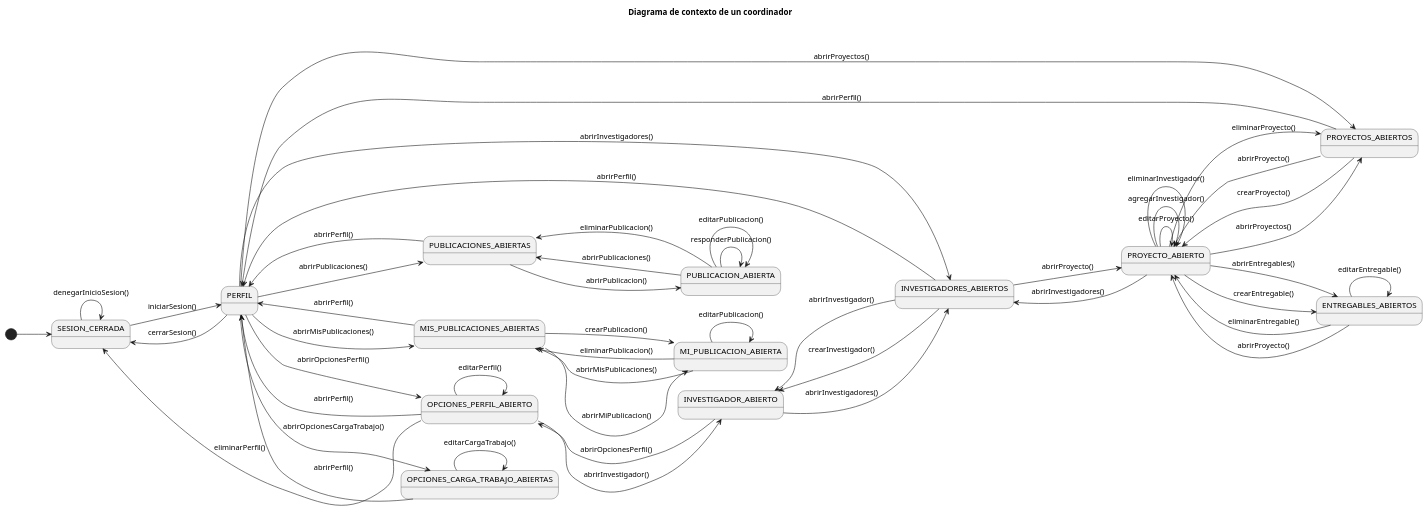
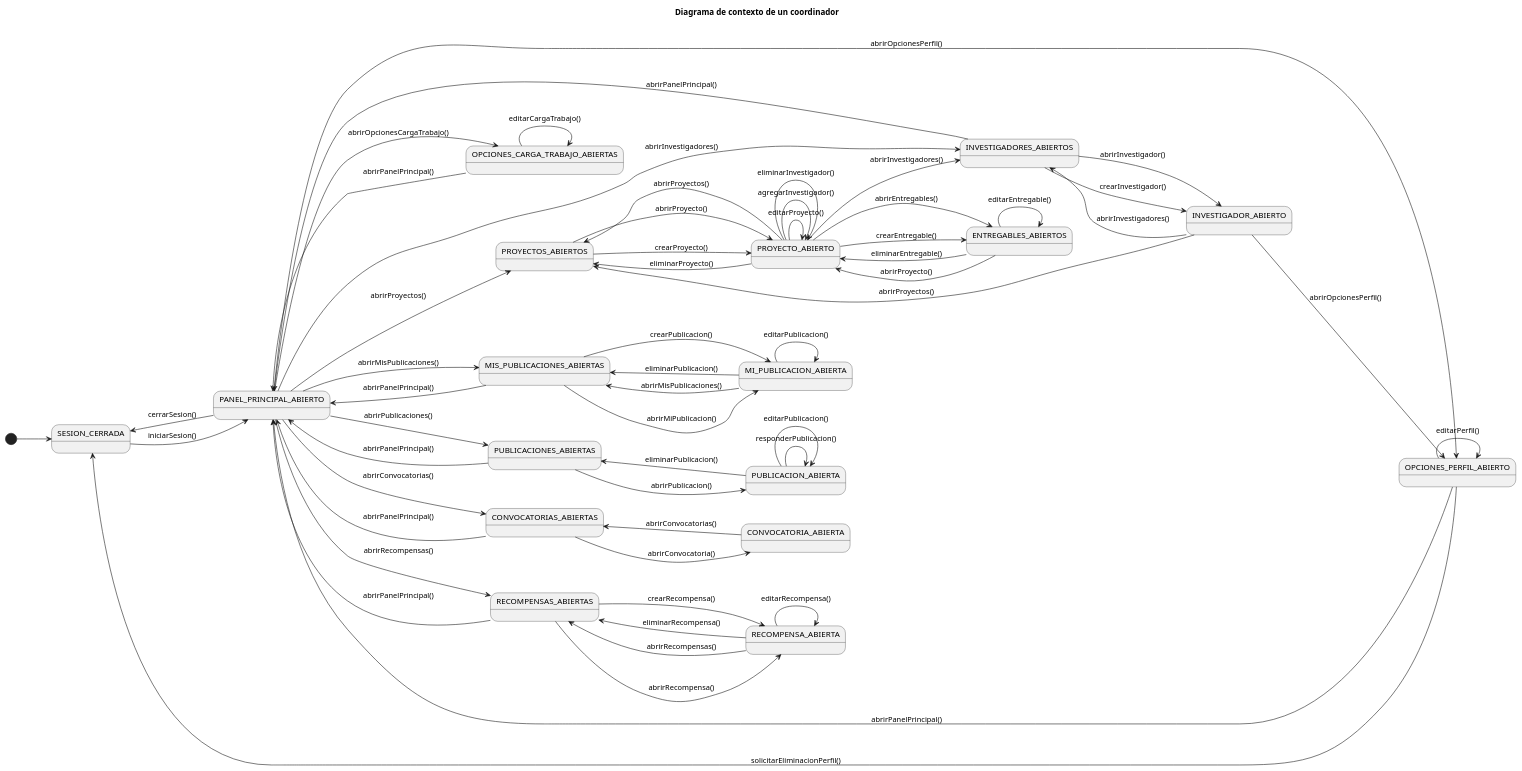
Before and after one commit to 31Diego/25-26-IdSw1-SdR: the diagram in documentación/CasosDeUso/Diagramas/DiagramaContextoCoordinador.puml, drawn with PlantUML. The commit also changed 3 other files, not shown here.

Commit message:
correcciones diagramas contexto

```diff
--- a/documentación/CasosDeUso/Diagramas/DiagramaContextoCoordinador.puml
+++ b/documentación/CasosDeUso/Diagramas/DiagramaContextoCoordinador.puml
@@ -1,71 +1,74 @@
 @startuml DiagramaContextoCoordinador
 
 title Diagrama de contexto de un coordinador
 
 left to right direction
 
 [*] --> SESION_CERRADA
-SESION_CERRADA --> SESION_CERRADA: denegarInicioSesion()
-SESION_CERRADA --> PERFIL: iniciarSesion()
-PERFIL --> SESION_CERRADA: cerrarSesion()
-PERFIL --> OPCIONES_PERFIL_ABIERTO: abrirOpcionesPerfil()
-PERFIL --> OPCIONES_CARGA_TRABAJO_ABIERTAS: abrirOpcionesCargaTrabajo()
-PERFIL --> PROYECTOS_ABIERTOS: abrirProyectos()
-PERFIL --> INVESTIGADORES_ABIERTOS: abrirInvestigadores()
-PERFIL --> MIS_PUBLICACIONES_ABIERTAS: abrirMisPublicaciones()
-PERFIL --> PUBLICACIONES_ABIERTAS: abrirPublicaciones()
+SESION_CERRADA --> PANEL_PRINCIPAL_ABIERTO: iniciarSesion()
+PANEL_PRINCIPAL_ABIERTO --> SESION_CERRADA: cerrarSesion()
+
+PANEL_PRINCIPAL_ABIERTO --> OPCIONES_PERFIL_ABIERTO: abrirOpcionesPerfil()
+PANEL_PRINCIPAL_ABIERTO --> OPCIONES_CARGA_TRABAJO_ABIERTAS: abrirOpcionesCargaTrabajo()
+PANEL_PRINCIPAL_ABIERTO --> PROYECTOS_ABIERTOS: abrirProyectos()
+PANEL_PRINCIPAL_ABIERTO --> INVESTIGADORES_ABIERTOS: abrirInvestigadores()
+PANEL_PRINCIPAL_ABIERTO --> MIS_PUBLICACIONES_ABIERTAS: abrirMisPublicaciones()
+PANEL_PRINCIPAL_ABIERTO --> PUBLICACIONES_ABIERTAS: abrirPublicaciones()
+PANEL_PRINCIPAL_ABIERTO --> CONVOCATORIAS_ABIERTAS: abrirConvocatorias()
+PANEL_PRINCIPAL_ABIERTO --> RECOMPENSAS_ABIERTAS: abrirRecompensas()
 
 PUBLICACIONES_ABIERTAS --> PUBLICACION_ABIERTA: abrirPublicacion()
 PUBLICACION_ABIERTA --> PUBLICACION_ABIERTA: responderPublicacion()
 PUBLICACION_ABIERTA --> PUBLICACION_ABIERTA: editarPublicacion()
 PUBLICACION_ABIERTA --> PUBLICACIONES_ABIERTAS: eliminarPublicacion()
+PUBLICACIONES_ABIERTAS --> PANEL_PRINCIPAL_ABIERTO: abrirPanelPrincipal()
 
 MIS_PUBLICACIONES_ABIERTAS --> MI_PUBLICACION_ABIERTA: abrirMiPublicacion()
 MIS_PUBLICACIONES_ABIERTAS --> MI_PUBLICACION_ABIERTA: crearPublicacion()
 MI_PUBLICACION_ABIERTA --> MI_PUBLICACION_ABIERTA: editarPublicacion()
 MI_PUBLICACION_ABIERTA --> MIS_PUBLICACIONES_ABIERTAS: eliminarPublicacion()
+MIS_PUBLICACIONES_ABIERTAS --> PANEL_PRINCIPAL_ABIERTO: abrirPanelPrincipal()
+MI_PUBLICACION_ABIERTA --> MIS_PUBLICACIONES_ABIERTAS: abrirMisPublicaciones()
 
 OPCIONES_PERFIL_ABIERTO --> OPCIONES_PERFIL_ABIERTO: editarPerfil()
-OPCIONES_PERFIL_ABIERTO --> SESION_CERRADA: eliminarPerfil()
+OPCIONES_PERFIL_ABIERTO --> SESION_CERRADA: solicitarEliminacionPerfil()
+OPCIONES_PERFIL_ABIERTO --> PANEL_PRINCIPAL_ABIERTO: abrirPanelPrincipal()
 
 OPCIONES_CARGA_TRABAJO_ABIERTAS --> OPCIONES_CARGA_TRABAJO_ABIERTAS: editarCargaTrabajo()
+OPCIONES_CARGA_TRABAJO_ABIERTAS --> PANEL_PRINCIPAL_ABIERTO: abrirPanelPrincipal()
+
+CONVOCATORIAS_ABIERTAS --> CONVOCATORIA_ABIERTA: abrirConvocatoria()
+CONVOCATORIA_ABIERTA --> CONVOCATORIAS_ABIERTAS: abrirConvocatorias()
+CONVOCATORIAS_ABIERTAS --> PANEL_PRINCIPAL_ABIERTO: abrirPanelPrincipal()
+
+RECOMPENSAS_ABIERTAS --> RECOMPENSA_ABIERTA: abrirRecompensa()
+RECOMPENSAS_ABIERTAS --> RECOMPENSA_ABIERTA: crearRecompensa()
+RECOMPENSA_ABIERTA --> RECOMPENSA_ABIERTA: editarRecompensa()
+RECOMPENSA_ABIERTA --> RECOMPENSAS_ABIERTAS: eliminarRecompensa()
+RECOMPENSA_ABIERTA --> RECOMPENSAS_ABIERTAS: abrirRecompensas()
+RECOMPENSAS_ABIERTAS --> PANEL_PRINCIPAL_ABIERTO: abrirPanelPrincipal()
 
 PROYECTOS_ABIERTOS --> PROYECTO_ABIERTO: abrirProyecto()
 PROYECTOS_ABIERTOS --> PROYECTO_ABIERTO: crearProyecto()
 PROYECTO_ABIERTO --> PROYECTO_ABIERTO: editarProyecto()
 PROYECTO_ABIERTO --> PROYECTOS_ABIERTOS: eliminarProyecto()
 PROYECTO_ABIERTO --> PROYECTO_ABIERTO: agregarInvestigador()
 PROYECTO_ABIERTO --> PROYECTO_ABIERTO: eliminarInvestigador()
 PROYECTO_ABIERTO --> ENTREGABLES_ABIERTOS: abrirEntregables()
 PROYECTO_ABIERTO --> ENTREGABLES_ABIERTOS: crearEntregable()
+PROYECTO_ABIERTO --> INVESTIGADORES_ABIERTOS: abrirInvestigadores()
+PROYECTO_ABIERTO --> PROYECTOS_ABIERTOS: abrirProyectos()
 
 ENTREGABLES_ABIERTOS --> ENTREGABLES_ABIERTOS: editarEntregable()
 ENTREGABLES_ABIERTOS --> PROYECTO_ABIERTO: eliminarEntregable()
-
-PROYECTO_ABIERTO --> INVESTIGADORES_ABIERTOS: abrirInvestigadores()
+ENTREGABLES_ABIERTOS --> PROYECTO_ABIERTO: abrirProyecto()
 
 INVESTIGADORES_ABIERTOS --> INVESTIGADOR_ABIERTO: abrirInvestigador()
 INVESTIGADORES_ABIERTOS --> INVESTIGADOR_ABIERTO: crearInvestigador()
+INVESTIGADORES_ABIERTOS --> PANEL_PRINCIPAL_ABIERTO: abrirPanelPrincipal()
 
 INVESTIGADOR_ABIERTO --> OPCIONES_PERFIL_ABIERTO: abrirOpcionesPerfil()
-
-PUBLICACIONES_ABIERTAS --> PERFIL: abrirPerfil()
-PUBLICACION_ABIERTA --> PUBLICACIONES_ABIERTAS: abrirPublicaciones()
-
-MIS_PUBLICACIONES_ABIERTAS --> PERFIL: abrirPerfil()
-MI_PUBLICACION_ABIERTA --> MIS_PUBLICACIONES_ABIERTAS: abrirMisPublicaciones()
-
-PROYECTOS_ABIERTOS --> PERFIL: abrirPerfil()
-PROYECTO_ABIERTO --> PROYECTOS_ABIERTOS: abrirProyectos()
-
-ENTREGABLES_ABIERTOS --> PROYECTO_ABIERTO: abrirProyecto()
-
-INVESTIGADORES_ABIERTOS --> PROYECTO_ABIERTO: abrirProyecto()
-INVESTIGADORES_ABIERTOS --> PERFIL: abrirPerfil()
 INVESTIGADOR_ABIERTO --> INVESTIGADORES_ABIERTOS: abrirInvestigadores()
-
-OPCIONES_CARGA_TRABAJO_ABIERTAS --> PERFIL: abrirPerfil()
-OPCIONES_PERFIL_ABIERTO --> PERFIL: abrirPerfil()
-OPCIONES_PERFIL_ABIERTO --> INVESTIGADOR_ABIERTO: abrirInvestigador()
+INVESTIGADOR_ABIERTO --> PROYECTOS_ABIERTOS: abrirProyectos()
 
 @enduml
```
